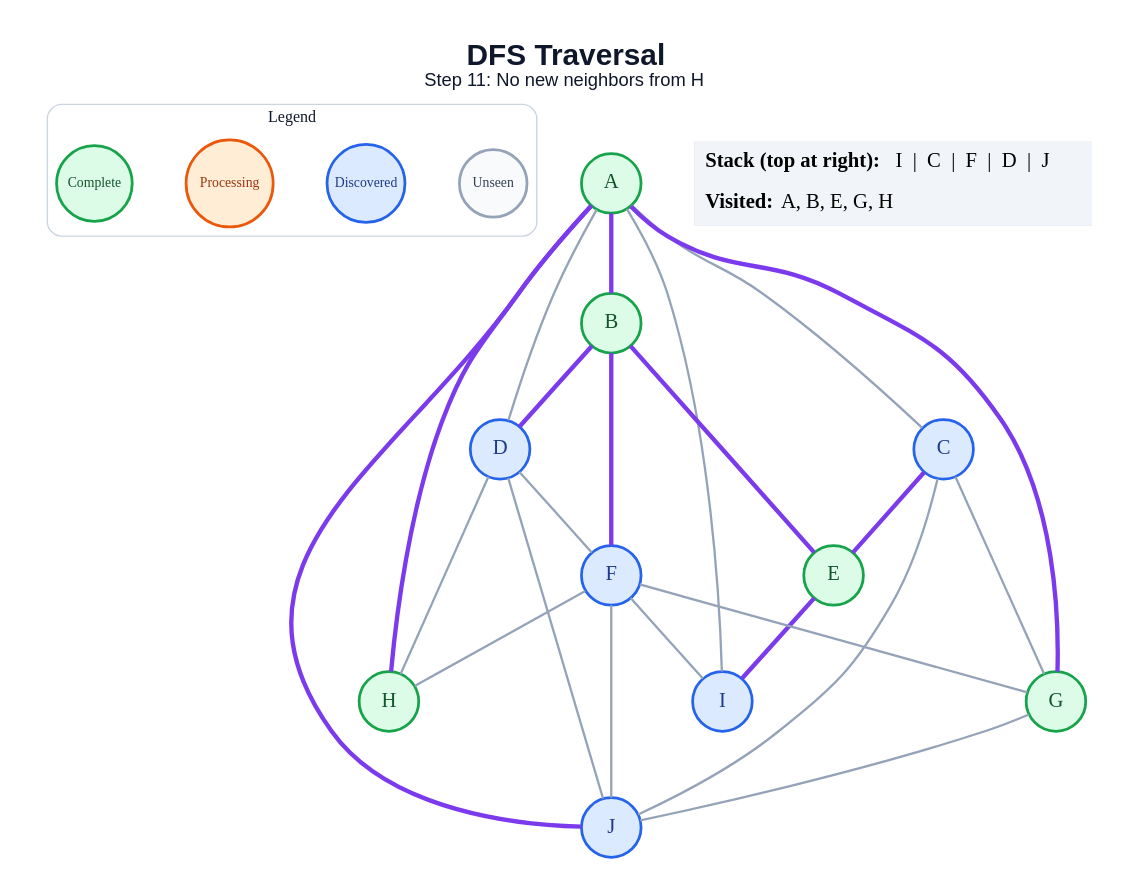
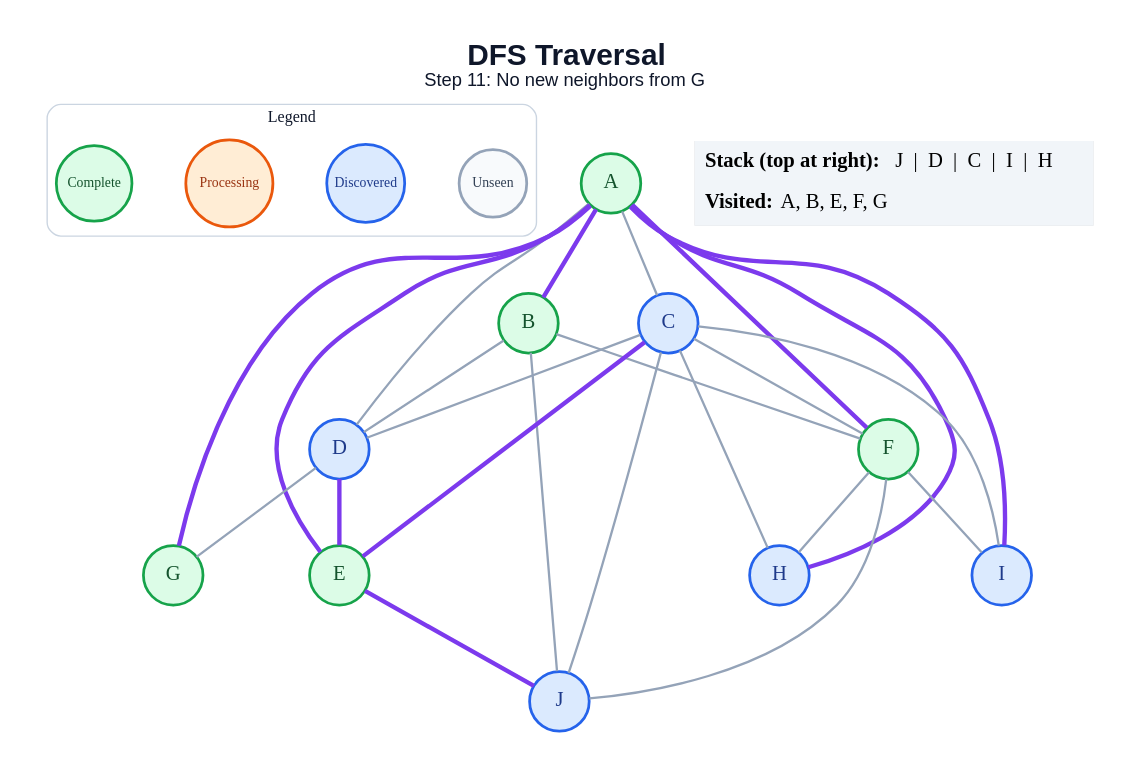
The diagram in generated/specific-node/dfs/step_11.dot (amanghodawala9/ai-slop), drawn with Graphviz before and after one commit. The commit also changed 178 other files, not shown here.

```diff
--- a/generated/specific-node/dfs/step_11.dot
+++ b/generated/specific-node/dfs/step_11.dot
@@ -1,51 +1,52 @@
 graph traversal {
   graph [layout=dot, rankdir=TB, bgcolor="#FFFFFF", pad="0.35", nodesep="0.65", ranksep="0.8", fontname="Arial"];
   node [shape=circle, style="filled", fontname="Arial Bold", fontsize=18, width=0.72, fixedsize=true, penwidth=2.4];
   edge [color="#94A3B8", penwidth=2.0];
-  label=<<B>DFS Traversal</B><BR/><FONT POINT-SIZE="16">Step 11: No new neighbors from H</FONT>>; labelloc="t"; fontsize=26; fontname="Arial"; fontcolor="#0F172A";
+  label=<<B>DFS Traversal</B><BR/><FONT POINT-SIZE="16">Step 11: No new neighbors from G</FONT>>; labelloc="t"; fontsize=26; fontname="Arial"; fontcolor="#0F172A";
   subgraph cluster_legend { label="Legend"; color="#CBD5E1"; penwidth=1.2; style="rounded"; fontsize=14; fontname="Arial Bold";
     key_unseen [label="Unseen", fillcolor="#F8FAFC", color="#94A3B8", fontcolor="#334155", fontsize=12, width=0.82];
     key_frontier [label="Discovered", fillcolor="#DBEAFE", color="#2563EB", fontcolor="#1E3A8A", fontsize=12, width=0.95];
     key_current [label="Processing", fillcolor="#FFEDD5", color="#EA580C", fontcolor="#9A3412", fontsize=12, width=1.05];
     key_done [label="Complete", fillcolor="#DCFCE7", color="#16A34A", fontcolor="#14532D", fontsize=12, width=0.92];
     { rank=same; key_unseen; key_frontier; key_current; key_done; }
   }
   A [fillcolor="#DCFCE7", color="#16A34A", fontcolor="#14532D"];
   B [fillcolor="#DCFCE7", color="#16A34A", fontcolor="#14532D"];
   C [fillcolor="#DBEAFE", color="#2563EB", fontcolor="#1E3A8A"];
   D [fillcolor="#DBEAFE", color="#2563EB", fontcolor="#1E3A8A"];
   E [fillcolor="#DCFCE7", color="#16A34A", fontcolor="#14532D"];
-  F [fillcolor="#DBEAFE", color="#2563EB", fontcolor="#1E3A8A"];
+  F [fillcolor="#DCFCE7", color="#16A34A", fontcolor="#14532D"];
   G [fillcolor="#DCFCE7", color="#16A34A", fontcolor="#14532D"];
-  H [fillcolor="#DCFCE7", color="#16A34A", fontcolor="#14532D"];
+  H [fillcolor="#DBEAFE", color="#2563EB", fontcolor="#1E3A8A"];
   I [fillcolor="#DBEAFE", color="#2563EB", fontcolor="#1E3A8A"];
   J [fillcolor="#DBEAFE", color="#2563EB", fontcolor="#1E3A8A"];
   A -- B [color="#7C3AED", penwidth=3.8];
   A -- C;
   A -- D;
+  A -- E [color="#7C3AED", penwidth=3.8];
+  A -- F [color="#7C3AED", penwidth=3.8];
   A -- G [color="#7C3AED", penwidth=3.8];
   A -- H [color="#7C3AED", penwidth=3.8];
-  A -- I;
-  A -- J [color="#7C3AED", penwidth=3.8];
-  B -- D [color="#7C3AED", penwidth=3.8];
-  B -- E [color="#7C3AED", penwidth=3.8];
-  B -- F [color="#7C3AED", penwidth=3.8];
+  A -- I [color="#7C3AED", penwidth=3.8];
+  B -- D;
+  B -- F;
+  B -- J;
+  C -- D;
   C -- E [color="#7C3AED", penwidth=3.8];
-  C -- G;
+  C -- F;
+  C -- H;
+  C -- I;
   C -- J;
-  D -- F;
-  D -- H;
-  D -- J;
-  E -- I [color="#7C3AED", penwidth=3.8];
-  F -- G;
+  D -- E [color="#7C3AED", penwidth=3.8];
+  D -- G;
+  E -- J [color="#7C3AED", penwidth=3.8];
   F -- H;
   F -- I;
   F -- J;
-  G -- J;
   status [shape=plain, fixedsize=false, width=0, height=0, margin=0, label=<
     <TABLE BORDER="0" CELLBORDER="0" CELLPADDING="7" BGCOLOR="#F1F5F9">
-      <TR><TD ALIGN="LEFT"><B>Stack (top at right):</B> I  |  C  |  F  |  D  |  J</TD></TR>
-      <TR><TD ALIGN="LEFT"><B>Visited:</B> A, B, E, G, H</TD></TR>
+      <TR><TD ALIGN="LEFT"><B>Stack (top at right):</B> J  |  D  |  C  |  I  |  H</TD></TR>
+      <TR><TD ALIGN="LEFT"><B>Visited:</B> A, B, E, F, G</TD></TR>
     </TABLE>
   >];
 }
```
